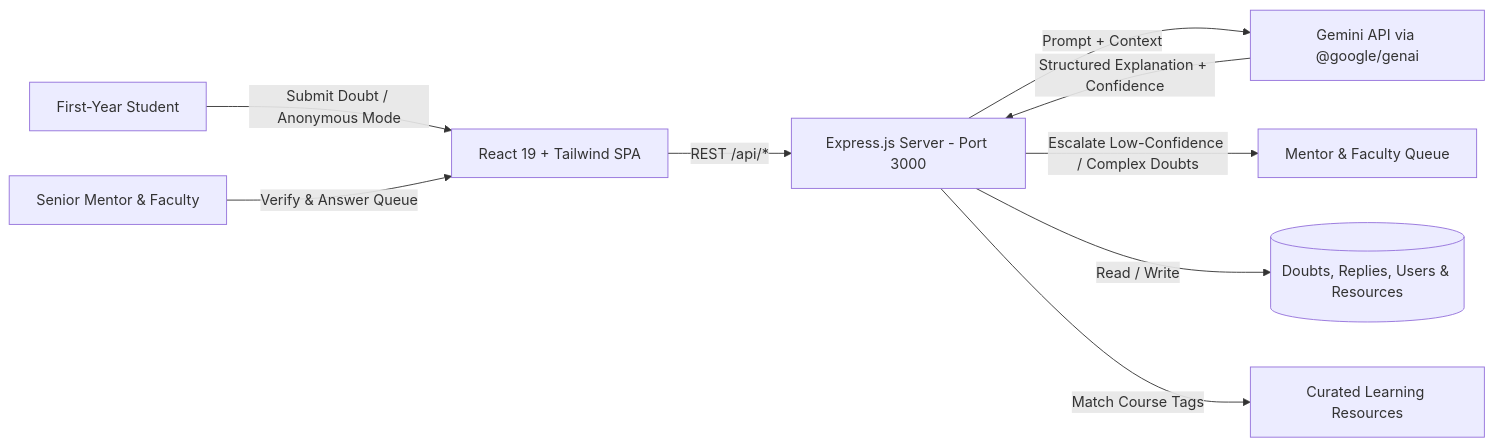
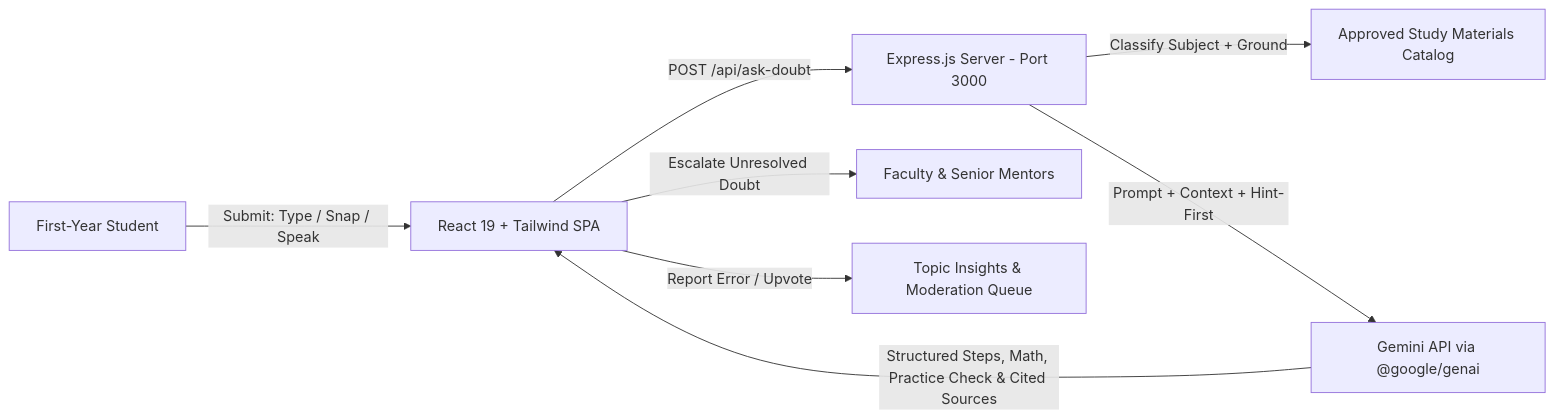
Before and after one commit to AAB-I-XES/DOUBT: the diagram in readme.md, drawn with Mermaid. The commit also changed other lines of this file and 16 other files, not shown here.

````diff
--- a/readme.md
+++ b/readme.md
@@ -31,11 +32,10 @@
 ```mermaid
 flowchart LR
-    S[First-Year Student] -->|Submit Doubt / Anonymous Mode| UI[React 19 + Tailwind SPA]
-    M[Senior Mentor & Faculty] -->|Verify & Answer Queue| UI
-    UI -->|REST /api/*| API[Express.js Server - Port 3000]
-    API -->|Prompt + Context| AI[Gemini API via @google/genai]
-    AI -->|Structured Explanation + Confidence| API
-    API -->|Escalate Low-Confidence / Complex Doubts| Q[Mentor & Faculty Queue]
-    API -->|Read / Write| DB[(Doubts, Replies, Users & Resources)]
-    API -->|Match Course Tags| RES[Curated Learning Resources]
+    S[First-Year Student] -->|Submit: Type / Snap / Speak| UI[React 19 + Tailwind SPA]
+    UI -->|POST /api/ask-doubt| API[Express.js Server - Port 3000]
+    API -->|Classify Subject + Ground| MAT[Approved Study Materials Catalog]
+    API -->|Prompt + Context + Hint-First| AI[Gemini API via @google/genai]
+    AI -->|Structured Steps, Math, Practice Check & Cited Sources| UI
+    UI -->|Escalate Unresolved Doubt| M[Faculty & Senior Mentors]
+    UI -->|Report Error / Upvote| INS[Topic Insights & Moderation Queue]
 ```
````
